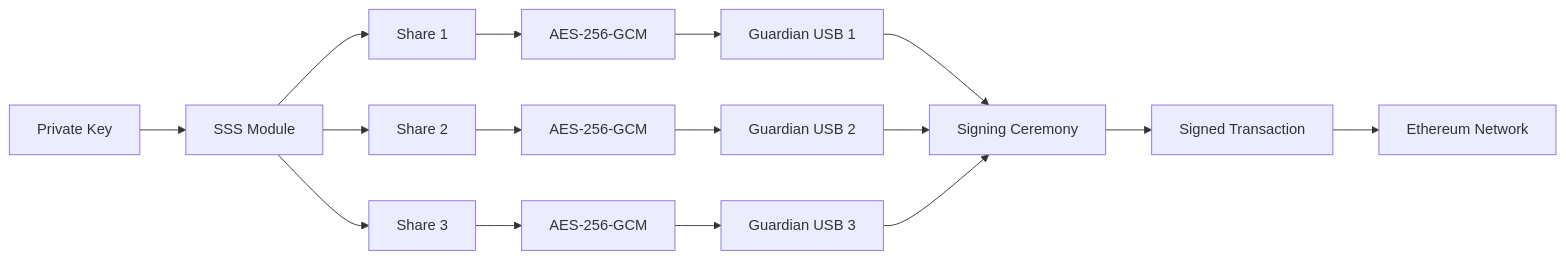
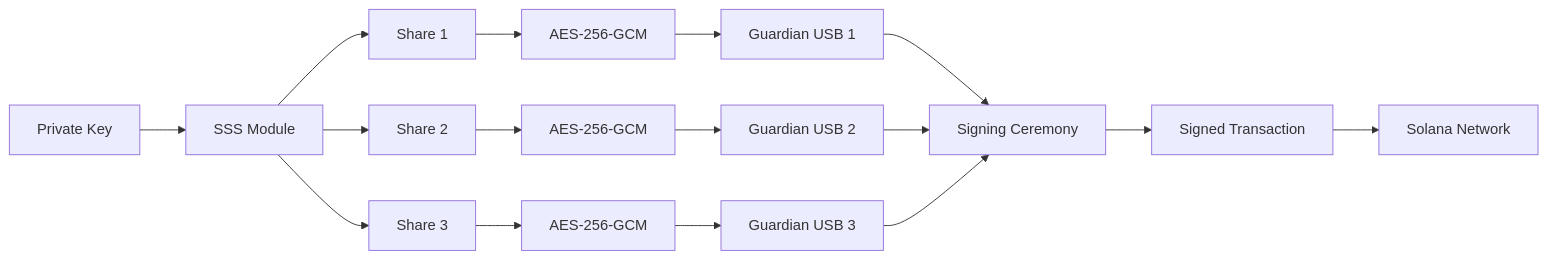
Before and after one commit to rishi-xyz/horcrux: the third of 15 diagrams in Architecture.md, drawn with Mermaid. The commit also changed other lines of this file and 12 other files, not shown here.

````diff
--- a/Architecture.md
+++ b/Architecture.md
@@ -566,27 +438,25 @@
 ```mermaid
 flowchart LR
 
-A[Private Key]
+A[Private Key] --> B[SSS Module]
 
--->B[SSS Module]
+B --> C1[Share 1]
+B --> C2[Share 2]
+B --> C3[Share 3]
 
-B-->C1[Share 1]
-B-->C2[Share 2]
-B-->C3[Share 3]
+C1 --> D1[AES-256-GCM]
+C2 --> D2[AES-256-GCM]
+C3 --> D3[AES-256-GCM]
 
-C1-->D1[AES-256-GCM]
-C2-->D2[AES-256-GCM]
-C3-->D3[AES-256-GCM]
+D1 --> E1[Guardian USB 1]
+D2 --> E2[Guardian USB 2]
+D3 --> E3[Guardian USB 3]
 
-D1-->E1[Guardian USB 1]
-D2-->E2[Guardian USB 2]
-D3-->E3[Guardian USB 3]
+E1 --> F[Signing Ceremony]
+E2 --> F
+E3 --> F
 
-E1-->F[Signing Ceremony]
-E2-->F
-E3-->F
+F --> G[Signed Transaction]
 
-F-->G[Signed Transaction]
-
-G-->H[Ethereum Network]
+G --> H[Solana Network]
 ```
````
